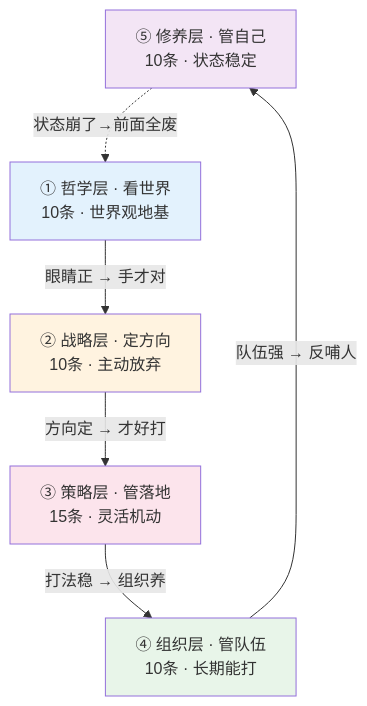
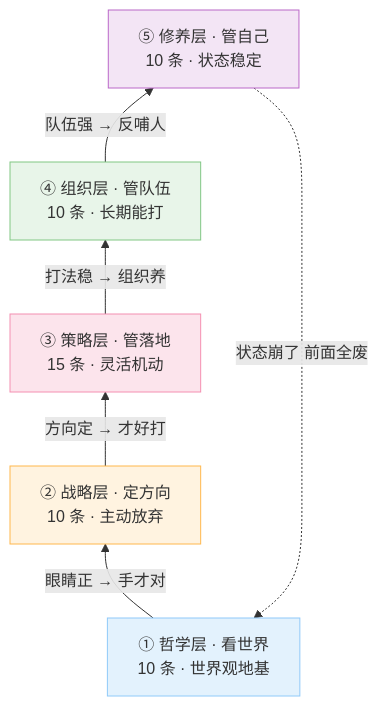
Before and after one commit to chongyang211/YCBookBlog: the first of 7 diagrams in packages/website/13.书籍/01.毛选实战心法/02.经典核心方法论.md, drawn with Mermaid. The commit also changed 7 other files, not shown here.

````diff
--- a/packages/website/13.书籍/01.毛选实战心法/02.经典核心方法论.md
+++ b/packages/website/13.书籍/01.毛选实战心法/02.经典核心方法论.md
@@ -44,18 +44,20 @@
 ```mermaid
-graph TB
-    L5["⑤ 修养层 · 管自己<br/>10条 · 状态稳定"]
-    L4["④ 组织层 · 管队伍<br/>10条 · 长期能打"]
-    L3["③ 策略层 · 管落地<br/>15条 · 灵活机动"]
-    L2["② 战略层 · 定方向<br/>10条 · 主动放弃"]
-    L1["① 哲学层 · 看世界<br/>10条 · 世界观地基"]
+graph BT
+    L1["① 哲学层 · 看世界<br/>10 条 · 世界观地基"]
+    L2["② 战略层 · 定方向<br/>10 条 · 主动放弃"]
+    L3["③ 策略层 · 管落地<br/>15 条 · 灵活机动"]
+    L4["④ 组织层 · 管队伍<br/>10 条 · 长期能打"]
+    L5["⑤ 修养层 · 管自己<br/>10 条 · 状态稳定"]
+
     L1 -->|"眼睛正 → 手才对"| L2
     L2 -->|"方向定 → 才好打"| L3
     L3 -->|"打法稳 → 组织养"| L4
     L4 -->|"队伍强 → 反哺人"| L5
-    L5 -.状态崩了→前面全废.-> L1
-    style L1 fill:#e3f2fd
-    style L2 fill:#fff3e0
-    style L3 fill:#fce4ec
-    style L4 fill:#e8f5e9
-    style L5 fill:#f3e5f5
+    L5 -.状态崩了 前面全废.-> L1
+
+    style L1 fill:#e3f2fd,stroke:#90caf9
+    style L2 fill:#fff3e0,stroke:#ffb74d
+    style L3 fill:#fce4ec,stroke:#f48fb1
+    style L4 fill:#e8f5e9,stroke:#81c784
+    style L5 fill:#f3e5f5,stroke:#ba68c8
 ```
````
